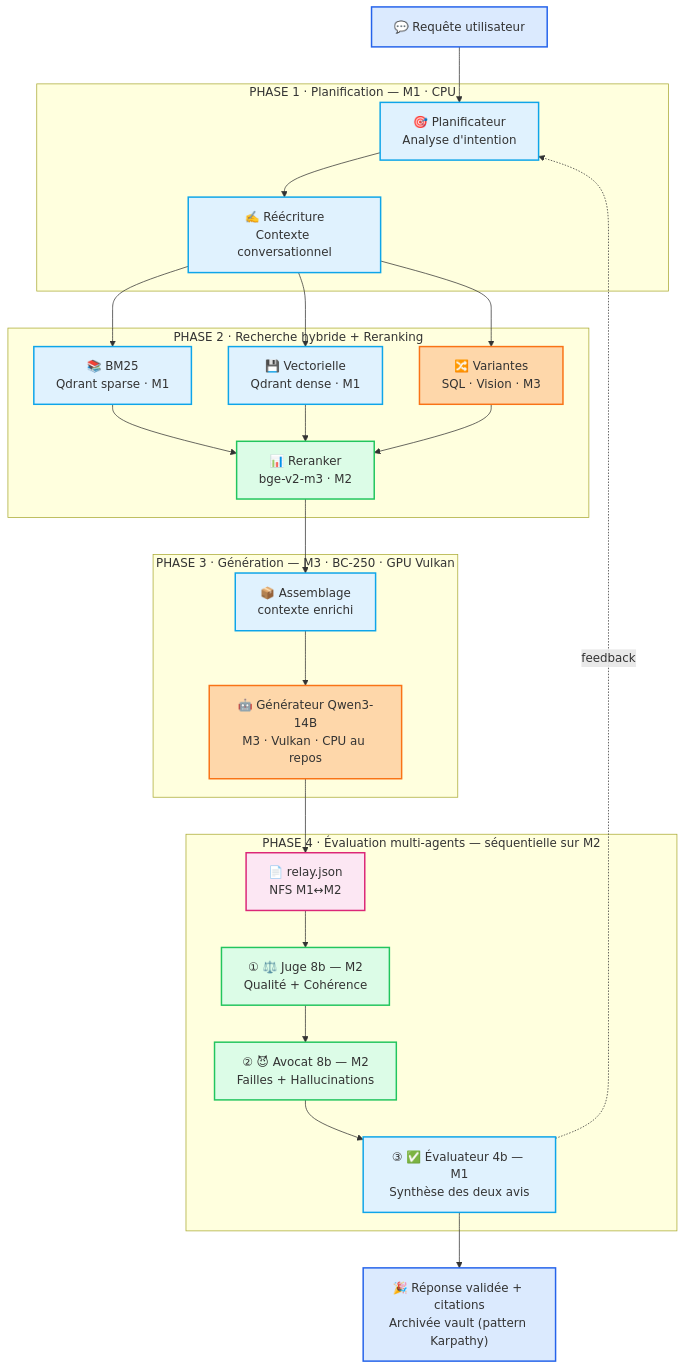
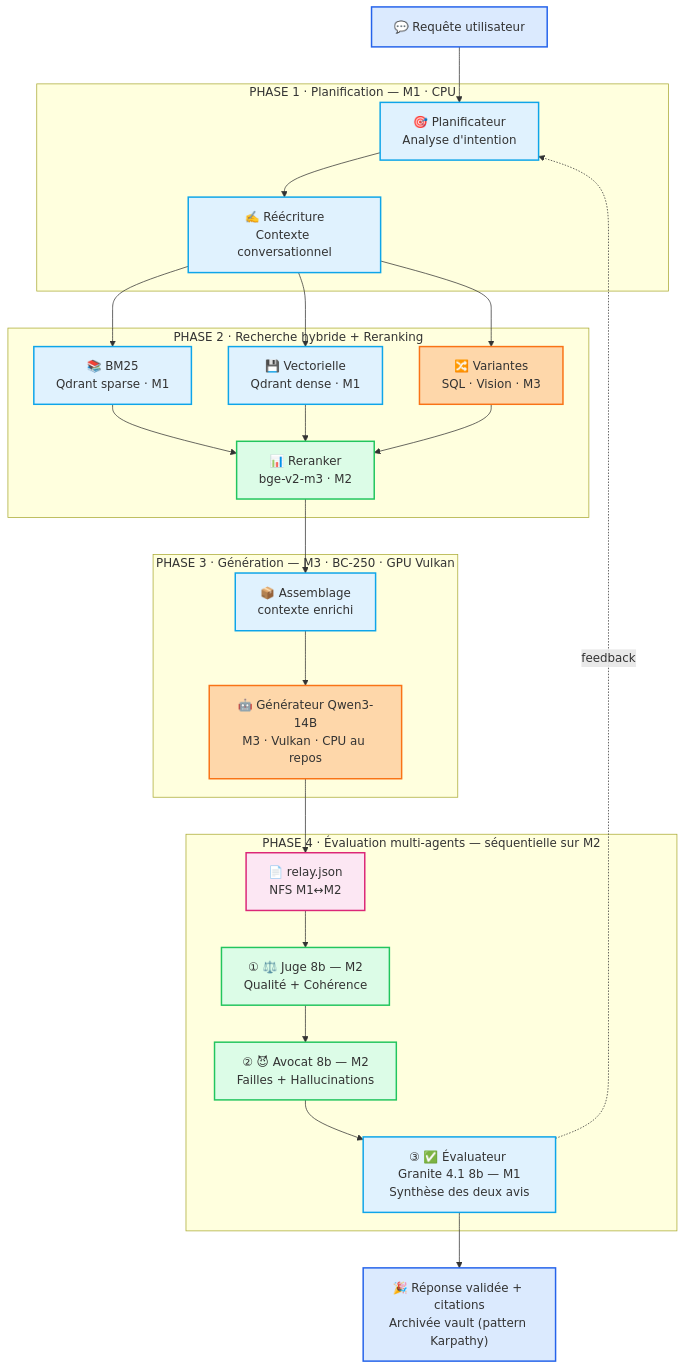
The diagram in docs/diagrams/03-query-flow.md (chelmooz/rag-multi-agent-cluster), drawn with Mermaid before and after one commit. The commit also changed 8 other files, not shown here.

Commit message:
docs: BIOS Forbidden-Darkness = image complète (P3.00 inutile en préalable) + harmonisation mermaid/OS

````diff
--- a/docs/diagrams/03-query-flow.md
+++ b/docs/diagrams/03-query-flow.md
@@ -1,51 +1,51 @@
 ```mermaid
 flowchart TB
     classDef m1 fill:#e0f2fe,stroke:#0ea5e9,stroke-width:2px
     classDef m2 fill:#dcfce7,stroke:#22c55e,stroke-width:2px
     classDef m3 fill:#fed7aa,stroke:#f97316,stroke-width:2px
     classDef relay fill:#fce7f3,stroke:#db2777,stroke-width:2px
     classDef front fill:#dbeafe,stroke:#2563eb,stroke-width:2px
 
     Query["💬 Requête utilisateur"]:::front
 
     subgraph P1["PHASE 1 · Planification — M1 · CPU"]
         Plan["🎯 Planificateur<br/>Analyse d'intention"]:::m1
         Rewrite["✍️ Réécriture<br/>Contexte conversationnel"]:::m1
     end
 
     subgraph P2["PHASE 2 · Recherche hybride + Reranking"]
         BM25["📚 BM25<br/>Qdrant sparse · M1"]:::m1
         VecSearch["💾 Vectorielle<br/>Qdrant dense · M1"]:::m1
         Variants["🔀 Variantes<br/>SQL · Vision · M3"]:::m3
         Rerank["📊 Reranker<br/>bge-v2-m3 · M2"]:::m2
     end
 
     subgraph P3["PHASE 3 · Génération — M3 · BC-250 · GPU Vulkan"]
         Assemble["📦 Assemblage<br/>contexte enrichi"]:::m1
         Gen["🤖 Générateur Qwen3-14B<br/>M3 · Vulkan · CPU au repos"]:::m3
     end
 
     subgraph P4["PHASE 4 · Évaluation multi-agents — séquentielle sur M2"]
         Relay["📄 relay.json<br/>NFS M1↔M2"]:::relay
         Judge["① ⚖️ Juge 8b — M2<br/>Qualité + Cohérence"]:::m2
         Advocate["② 😈 Avocat 8b — M2<br/>Failles + Hallucinations"]:::m2
-        Evaluator["③ ✅ Évaluateur 4b — M1<br/>Synthèse des deux avis"]:::m1
+        Evaluator["③ ✅ Évaluateur Granite 4.1 8b — M1<br/>Synthèse des deux avis"]:::m1
     end
 
     Answer["🎉 Réponse validée + citations<br/>Archivée vault (pattern Karpathy)"]:::front
 
     Query --> Plan --> Rewrite
     Rewrite --> BM25
     Rewrite --> VecSearch
     Rewrite --> Variants
     BM25 --> Rerank
     VecSearch --> Rerank
     Variants --> Rerank
     Rerank --> Assemble --> Gen --> Relay
     Relay --> Judge --> Advocate --> Evaluator
     Evaluator -.->|feedback| Plan
     Evaluator --> Answer
 
     %% Conventions : trait plein = synchrone, pointillé = asynchrone/feedback
     %% ①②③ étapes séquentielles de l'évaluation (1 seul modèle chargé à la fois sur RTX 4000)
 ```
````
